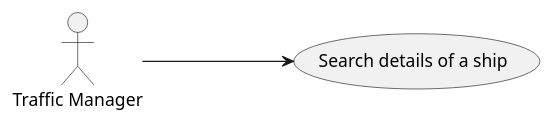
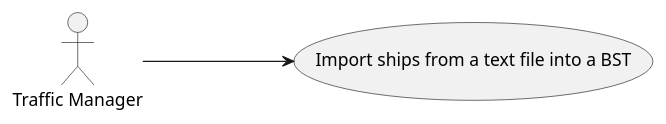
One commit to 1190772/LAB-Project-3 changed the diagram in docs/Sprint 1/US/US102/US102_UCD.puml. Above: the diagram before and after it, drawn with PlantUML.

Commit message:
US102_UCD.puml edited online with Bitbucket

```diff
--- a/docs/Sprint 1/US/US102/US102_UCD.puml
+++ b/docs/Sprint 1/US/US102/US102_UCD.puml
@@ -1,11 +1,11 @@
 @startuml
 'https://plantuml.com/use-case-diagram
 
 left to right direction
 
 :Traffic Manager: as TM
-(Search details of a ship) as (Use)
+(Import ships from a text file into a BST) as (Use)
 
 TM ---> (Use)
 
 @enduml
```
